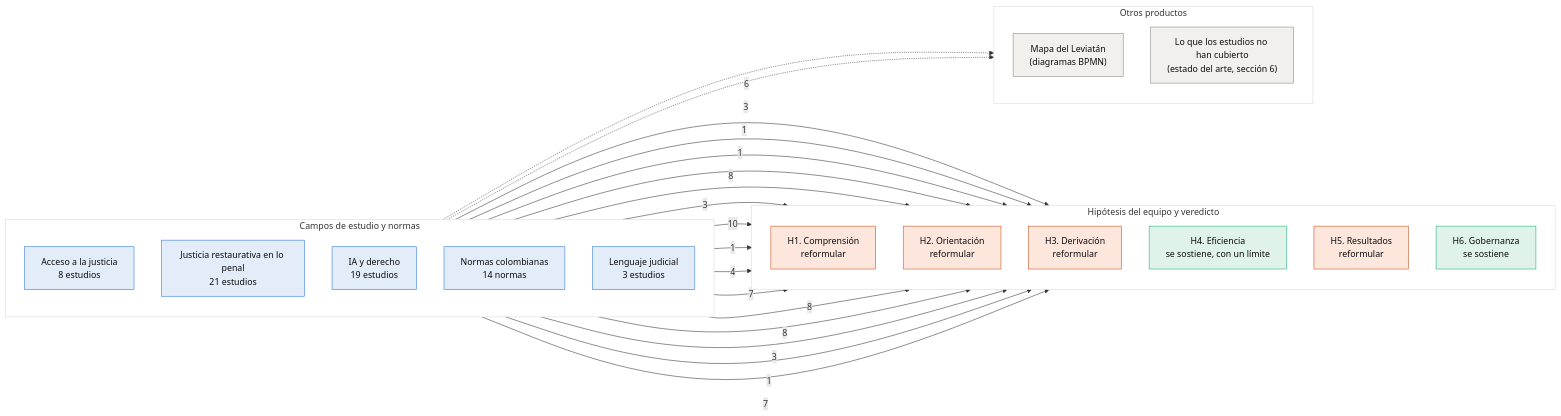
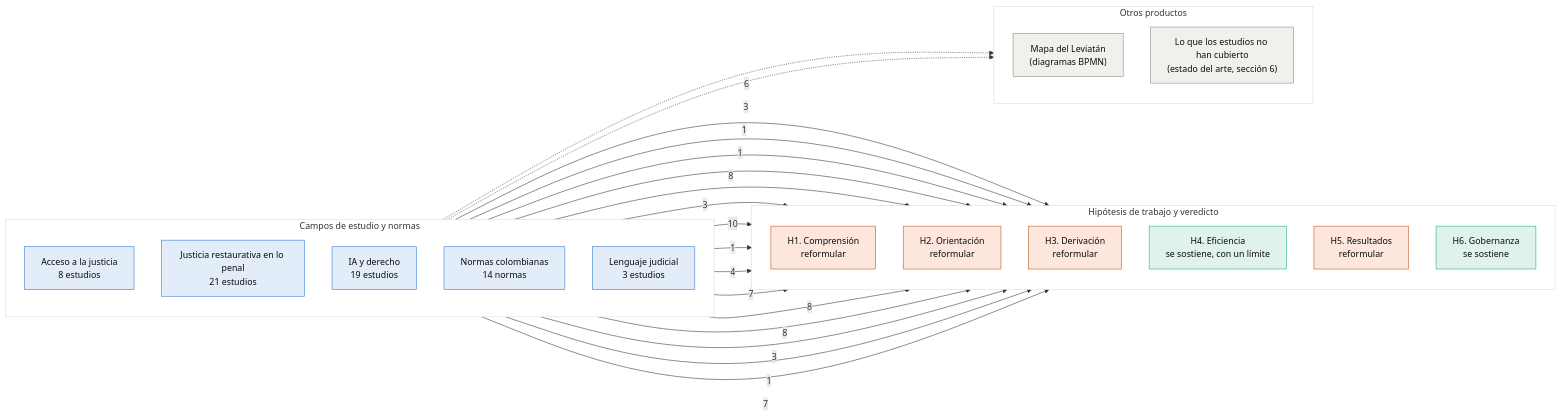
Before and after one commit to fsotosa-ops/justicia-restaurativa: the diagram in evidencia/README.md, drawn with Mermaid. The commit also changed other lines of this file and 21 other files, not shown here.

Commit message:
Las hipótesis se atribuían al equipo, pero las formuló el autor a partir de las reuniones

````diff
--- a/evidencia/README.md
+++ b/evidencia/README.md
@@ -11,53 +11,53 @@
 ```mermaid
 flowchart LR
   subgraph LIT["Campos de estudio y normas"]
     direction TB
     AJ["Acceso a la justicia<br/>8 estudios"]
     JR["Justicia restaurativa en lo penal<br/>21 estudios"]
     IA["IA y derecho<br/>19 estudios"]
     NC["Normas colombianas<br/>14 normas"]
     LJ["Lenguaje judicial<br/>3 estudios"]
   end
-  subgraph HIP["Hipótesis del equipo y veredicto"]
+  subgraph HIP["Hipótesis de trabajo y veredicto"]
     direction TB
     H1["H1. Comprensión<br/>reformular"]
     H2["H2. Orientación<br/>reformular"]
     H3["H3. Derivación<br/>reformular"]
     H4["H4. Eficiencia<br/>se sostiene, con un límite"]
     H5["H5. Resultados<br/>reformular"]
     H6["H6. Gobernanza<br/>se sostiene"]
   end
   subgraph PRO["Otros productos"]
     direction TB
     LEV["Mapa del Leviatán<br/>(diagramas BPMN)"]
     VAC["Lo que los estudios no han cubierto<br/>(estado del arte, sección 6)"]
   end
   AJ -- 6 --> H1
   AJ -- 3 --> H2
   AJ -- 1 --> H3
   JR -- 1 --> H1
   JR -- 8 --> H3
   JR -- 3 --> H4
   JR -- 10 --> H5
   IA -- 1 --> H1
   IA -- 4 --> H2
   IA -- 7 --> H3
   IA -- 8 --> H6
   NC -- 8 --> H3
   NC -- 3 --> H4
   NC -- 1 --> H5
   NC -- 7 --> H6
   NC -.-> LEV
   LJ -.-> VAC
   classDef lit fill:#e3edf9,stroke:#2a78d6,color:#0b0b0b
   classDef ref fill:#fde6dc,stroke:#c4501c,color:#0b0b0b
   classDef sost fill:#dff3ea,stroke:#1baf7a,color:#0b0b0b
   classDef prod fill:#f1f0ec,stroke:#8a8984,color:#0b0b0b
   class AJ,JR,IA,LJ,NC lit
   class H1,H2,H3,H5 ref
   class H4,H6 sost
   class LEV,VAC prod
   style LIT fill:#ffffff,stroke:#dcdad4
   style HIP fill:#ffffff,stroke:#dcdad4
   style PRO fill:#ffffff,stroke:#dcdad4
 ```
````
